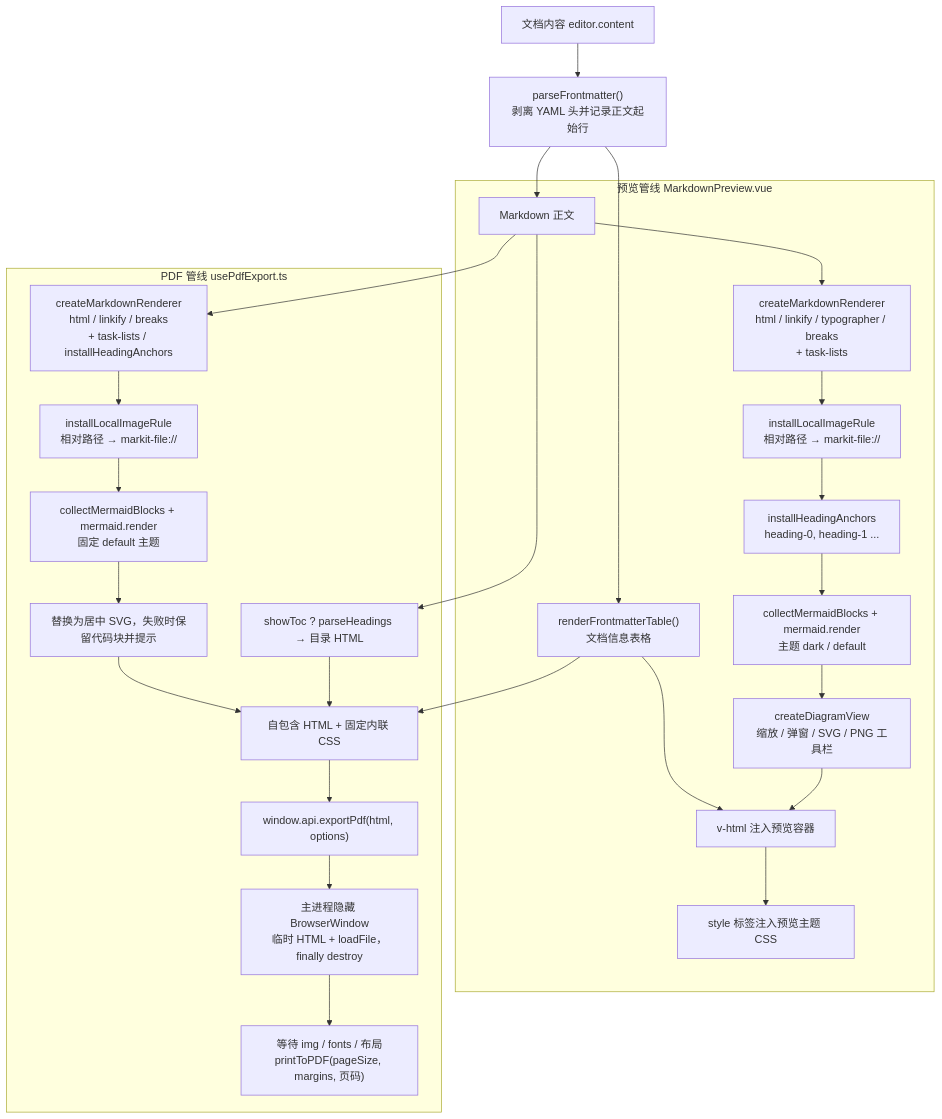
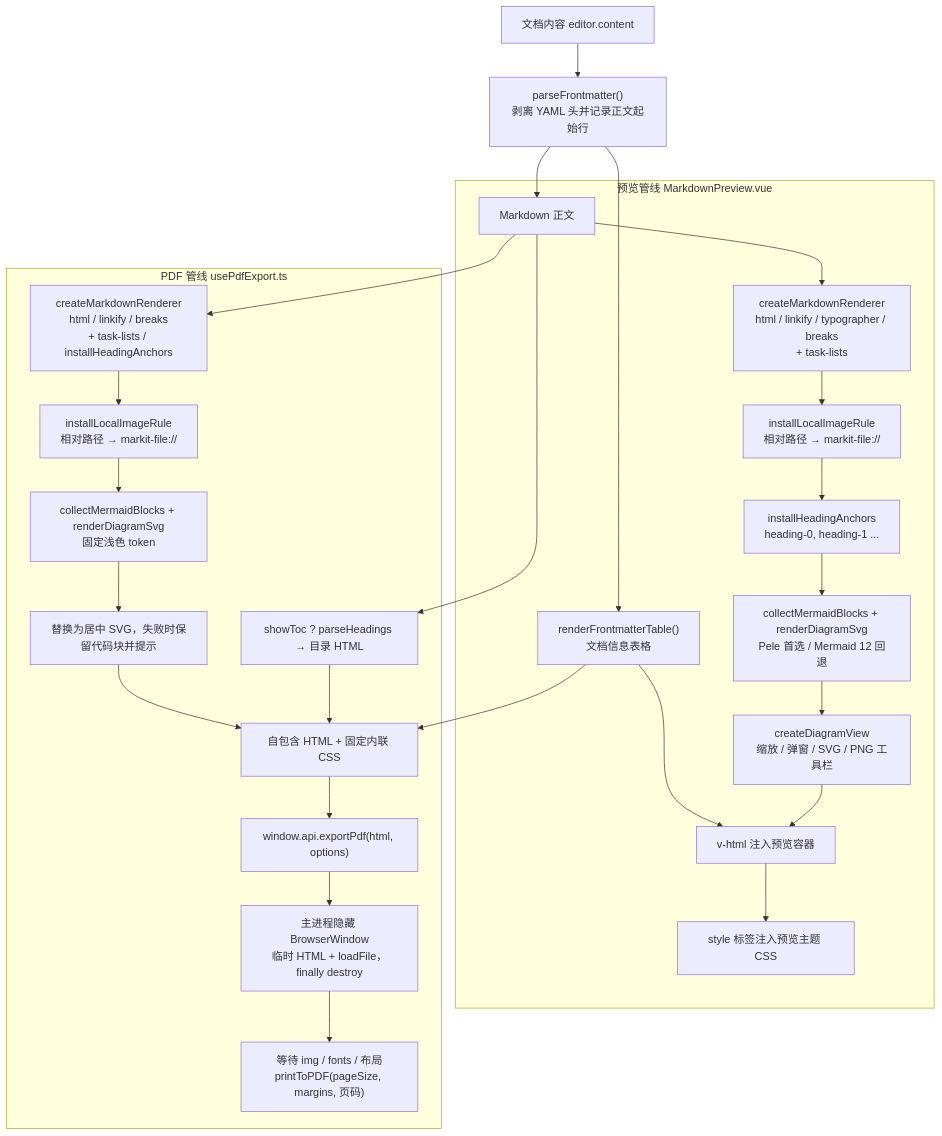
The diagram in docs/技术决策与已知限制.md (Harley-xk/mark-it), drawn with Mermaid before and after one commit. The commit also changed other lines of this file and 22 other files, not shown here.

Commit message:
feat(preview): 统一图表渲染并修复主题切换重绘

````diff
--- a/docs/技术决策与已知限制.md
+++ b/docs/技术决策与已知限制.md
@@ -361,31 +386,31 @@
 ```mermaid
 flowchart TD
   SRC["文档内容 editor.content"] --> FM["parseFrontmatter()<br/>剥离 YAML 头并记录正文起始行"]
   FM --> TABLE["renderFrontmatterTable()<br/>文档信息表格"]
   FM --> BODY["Markdown 正文"]
 
   subgraph PREVIEW["预览管线 MarkdownPreview.vue"]
     BODY --> MD1["createMarkdownRenderer<br/>html / linkify / typographer / breaks<br/>+ task-lists"]
     MD1 --> LOCAL1["installLocalImageRule<br/>相对路径 → markit-file://"]
     LOCAL1 --> ANCHOR["installHeadingAnchors<br/>heading-0, heading-1 ..."]
-    ANCHOR --> MER1["collectMermaidBlocks + mermaid.render<br/>主题 dark / default"]
+    ANCHOR --> MER1["collectMermaidBlocks + renderDiagramSvg<br/>Pele 首选 / Mermaid 12 回退"]
     MER1 --> WRAP["createDiagramView<br/>缩放 / 弹窗 / SVG / PNG 工具栏"]
     WRAP --> DOM["v-html 注入预览容器"]
     TABLE --> DOM
     DOM --> CSS1["style 标签注入预览主题 CSS"]
   end
 
   subgraph PDF["PDF 管线 usePdfExport.ts"]
     BODY --> TOC["showToc ? parseHeadings → 目录 HTML"]
     BODY --> MD2["createMarkdownRenderer<br/>html / linkify / breaks<br/>+ task-lists / installHeadingAnchors"]
     TOC --> HTML
     MD2 --> LOCAL2["installLocalImageRule<br/>相对路径 → markit-file://"]
-    LOCAL2 --> MER2["collectMermaidBlocks + mermaid.render<br/>固定 default 主题"]
+    LOCAL2 --> MER2["collectMermaidBlocks + renderDiagramSvg<br/>固定浅色 token"]
     MER2 --> SVG["替换为居中 SVG，失败时保留代码块并提示"]
     SVG --> HTML["自包含 HTML + 固定内联 CSS"]
     TABLE --> HTML
     HTML --> IPC["window.api.exportPdf(html, options)"]
     IPC --> WIN["主进程隐藏 BrowserWindow<br/>临时 HTML + loadFile，finally destroy"]
     WIN --> PRINT["等待 img / fonts / 布局<br/>printToPDF(pageSize, margins, 页码)"]
   end
 ```
````
